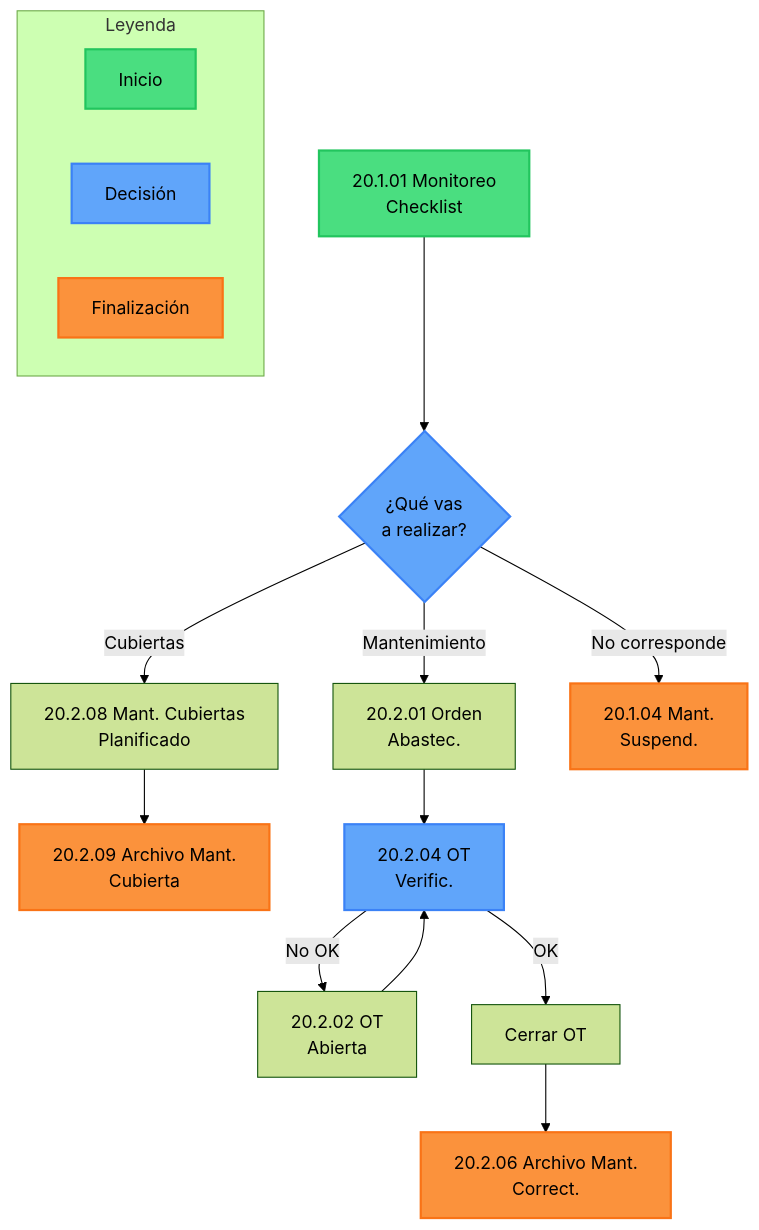
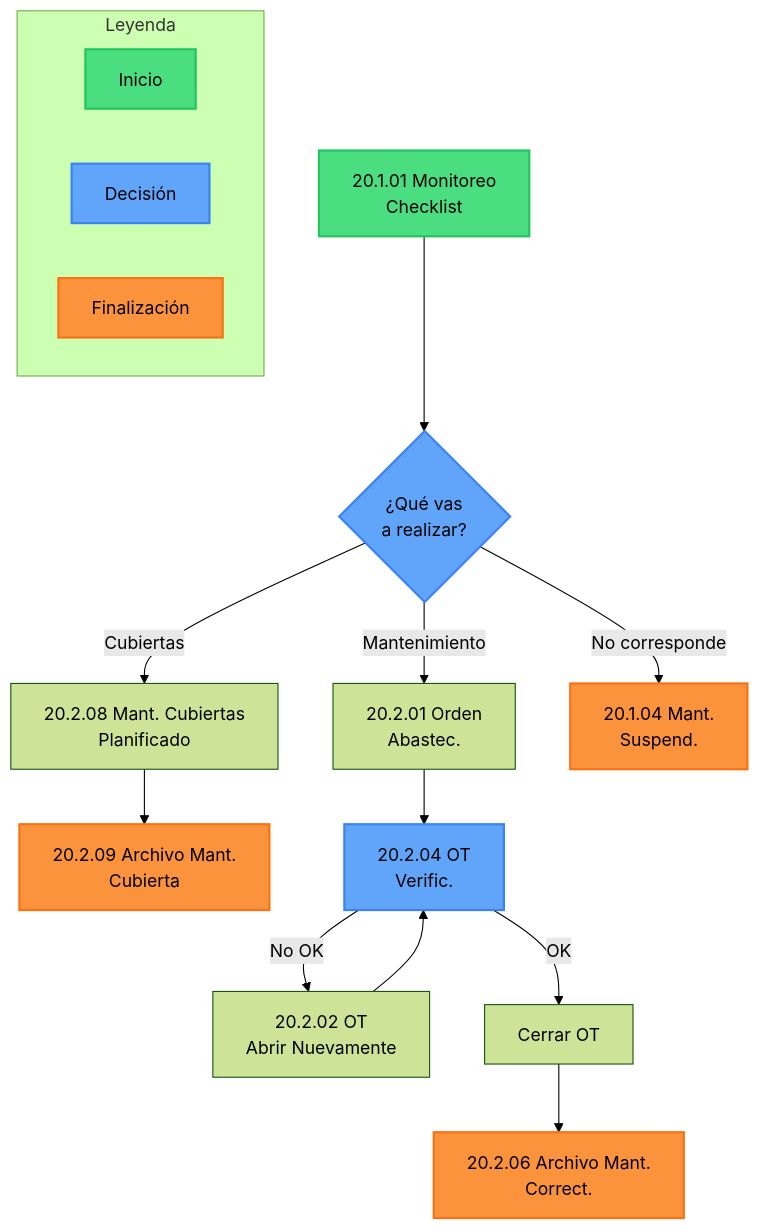
One commit to asterisk-consul/donandresdoc changed the diagram in docs/flows/Mantenimiento/index.md. Above: the diagram before and after it, drawn with Mermaid (forest theme). The commit also changed other lines of this file and 180 other files, not shown here.

````diff
--- a/docs/flows/Mantenimiento/index.md
+++ b/docs/flows/Mantenimiento/index.md
@@ -14,28 +14,29 @@
 ```mermaid
 flowchart TD
 A["20.1.01 Monitoreo<br/>Checklist<br/>"]:::inicio --> B{"¿Qué vas<br/>a realizar?"}:::decision
     B -->|Cubiertas| C["20.2.08 Mant. Cubiertas<br/>Planificado"]
     C --> D["20.2.09 Archivo Mant.<br/>Cubierta"]:::final
     B -->|Mantenimiento| E["20.2.01 Orden<br/>Abastec."]
     E --> F["20.2.04 OT<br/>Verific."]:::decision
-    F -->|No OK| G["20.2.02 OT<br/>Abierta"]
+    F -->|No OK| G["20.2.02 OT<br/>Abrir Nuevamente"]
     G --> F
     F -->|OK| H["Cerrar OT"]
     H --> I["20.2.06 Archivo Mant.<br/>Correct.<br/>"]:::final
     B -->|No corresponde| J["20.1.04 Mant.<br/>Suspend."]:::final
 
     %% Leyenda
     subgraph Leyenda
         L1[Inicio]:::inicio
         L2[Decisión]:::decision
         L3[Finalización]:::final
     end
 classDef inicio fill:#4ade80,stroke:#22c55e,stroke-width:2px,color:#000
 classDef decision fill:#60a5fa,stroke:#3b82f6,stroke-width:2px,color:#000
 classDef final fill:#fb923c,stroke:#f97316,stroke-width:2px,color:#000
 
 click A "./20.1.01_Monitoreo-Checklist"
-click C "./DetalledeMantenimientodeCubiertas.md"
-click E "./20.2.01-Orden-de-abastecimiento_Markdown.md"
-click F "./OT_Verificacion.md"
+click C "./DetalledeMantenimientodeCubiertas"
+click E "./20.2.01-Orden-de-abastecimiento_Markdown"
+click F "./OT_Verificacion"
+click G "./abrirNuevamente"
 ```
````
